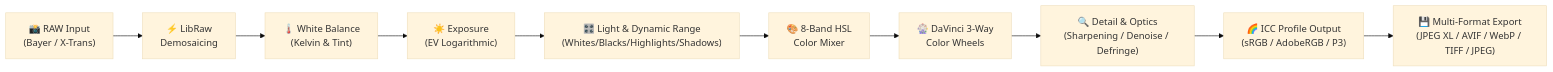
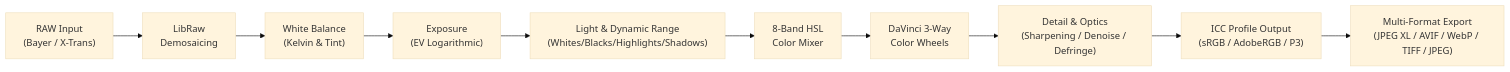
One commit to mickes66/omarchy-omastudio changed the second of 2 diagrams in README.md. Above: the diagram before and after it, drawn with Mermaid (base theme). The commit also changed other lines of this file and 3 other files, not shown here.

````diff
--- a/README.md
+++ b/README.md
@@ -66,12 +66,12 @@
 ```mermaid
 flowchart LR
-    A["📸 RAW Input<br/>(Bayer / X-Trans)"] --> B["⚡ LibRaw<br/>Demosaicing"]
-    B --> C["🌡️ White Balance<br/>(Kelvin & Tint)"]
-    C --> D["☀️ Exposure<br/>(EV Logarithmic)"]
-    D --> E["🎛️ Light & Dynamic Range<br/>(Whites/Blacks/Highlights/Shadows)"]
-    E --> F["🎨 8-Band HSL<br/>Color Mixer"]
-    F --> G["🎡 DaVinci 3-Way<br/>Color Wheels"]
-    G --> H["🔍 Detail & Optics<br/>(Sharpening / Denoise / Defringe)"]
-    H --> I["🌈 ICC Profile Output<br/>(sRGB / AdobeRGB / P3)"]
-    I --> J["💾 Multi-Format Export<br/>(JPEG XL / AVIF / WebP / TIFF / JPEG)"]
+    A[" RAW Input<br/>(Bayer / X-Trans)"] --> B[" LibRaw<br/>Demosaicing"]
+    B --> C[" White Balance<br/>(Kelvin & Tint)"]
+    C --> D[" Exposure<br/>(EV Logarithmic)"]
+    D --> E[" Light & Dynamic Range<br/>(Whites/Blacks/Highlights/Shadows)"]
+    E --> F[" 8-Band HSL<br/>Color Mixer"]
+    F --> G[" DaVinci 3-Way<br/>Color Wheels"]
+    G --> H[" Detail & Optics<br/>(Sharpening / Denoise / Defringe)"]
+    H --> I[" ICC Profile Output<br/>(sRGB / AdobeRGB / P3)"]
+    I --> J[" Multi-Format Export<br/>(JPEG XL / AVIF / WebP / TIFF / JPEG)"]
 ```
````
